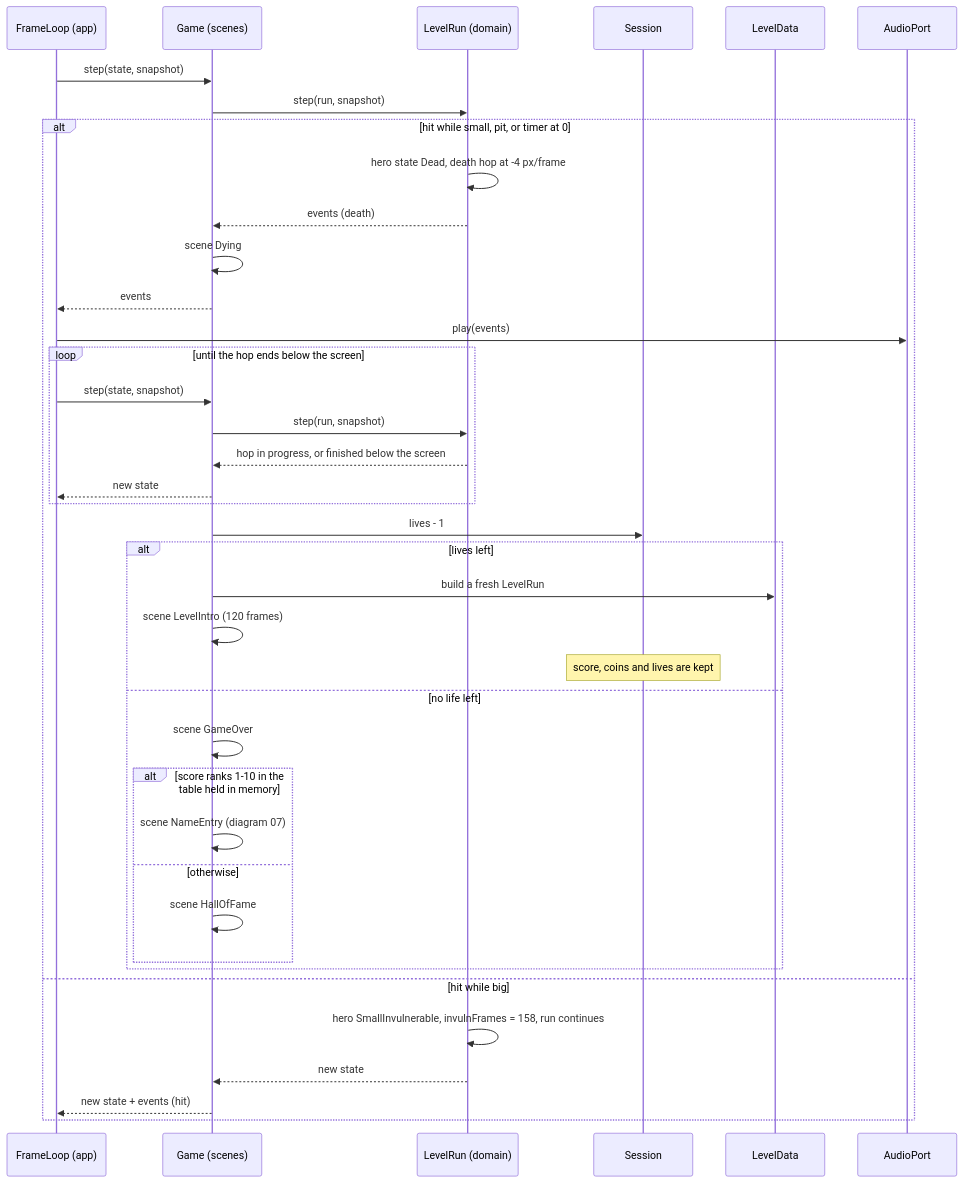
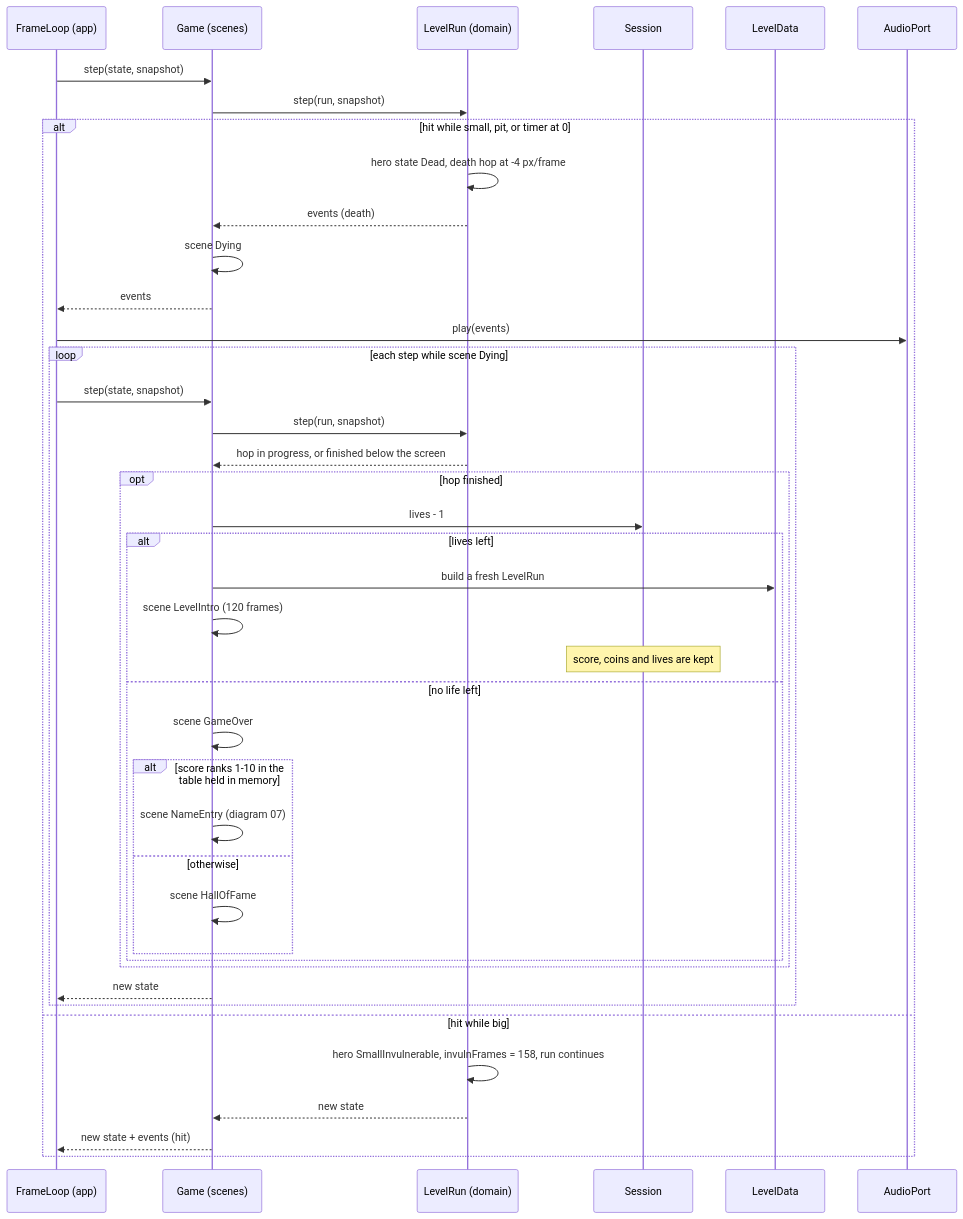
The diagram in docs/architecture/diagrams/gameplay/13-sequence-death-retry.md (benoit-bremaud/retro-plumber), drawn with Mermaid before and after one commit. The commit also changed 2 other files, not shown here.

Commit message:
docs(uml): resolve terminal transitions inside each step in 11, 12, 13 (#7)

````diff
--- a/docs/architecture/diagrams/gameplay/13-sequence-death-retry.md
+++ b/docs/architecture/diagrams/gameplay/13-sequence-death-retry.md
@@ -13,41 +13,43 @@
 ```mermaid
 sequenceDiagram
     participant FL as FrameLoop (app)
     participant G as Game (scenes)
     participant LR as LevelRun (domain)
     participant Sess as Session
     participant LD as LevelData
     participant Snd as AudioPort
     FL->>G: step(state, snapshot)
     G->>LR: step(run, snapshot)
     alt hit while small, pit, or timer at 0
         LR->>LR: hero state Dead, death hop at -4 px/frame
         LR-->>G: events (death)
         G->>G: scene Dying
         G-->>FL: events
         FL->>Snd: play(events)
-        loop until the hop ends below the screen
+        loop each step while scene Dying
             FL->>G: step(state, snapshot)
             G->>LR: step(run, snapshot)
             LR-->>G: hop in progress, or finished below the screen
+            opt hop finished
+                G->>Sess: lives - 1
+                alt lives left
+                    G->>LD: build a fresh LevelRun
+                    G->>G: scene LevelIntro (120 frames)
+                    Note over Sess: score, coins and lives are kept
+                else no life left
+                    G->>G: scene GameOver
+                    alt score ranks 1-10 in the table held in memory
+                        G->>G: scene NameEntry (diagram 07)
+                    else otherwise
+                        G->>G: scene HallOfFame
+                    end
+                end
+            end
             G-->>FL: new state
-        end
-        G->>Sess: lives - 1
-        alt lives left
-            G->>LD: build a fresh LevelRun
-            G->>G: scene LevelIntro (120 frames)
-            Note over Sess: score, coins and lives are kept
-        else no life left
-            G->>G: scene GameOver
-            alt score ranks 1-10 in the table held in memory
-                G->>G: scene NameEntry (diagram 07)
-            else otherwise
-                G->>G: scene HallOfFame
-            end
         end
     else hit while big
         LR->>LR: hero SmallInvulnerable, invulnFrames = 158, run continues
         LR-->>G: new state
         G-->>FL: new state + events (hit)
     end
 ```
````
